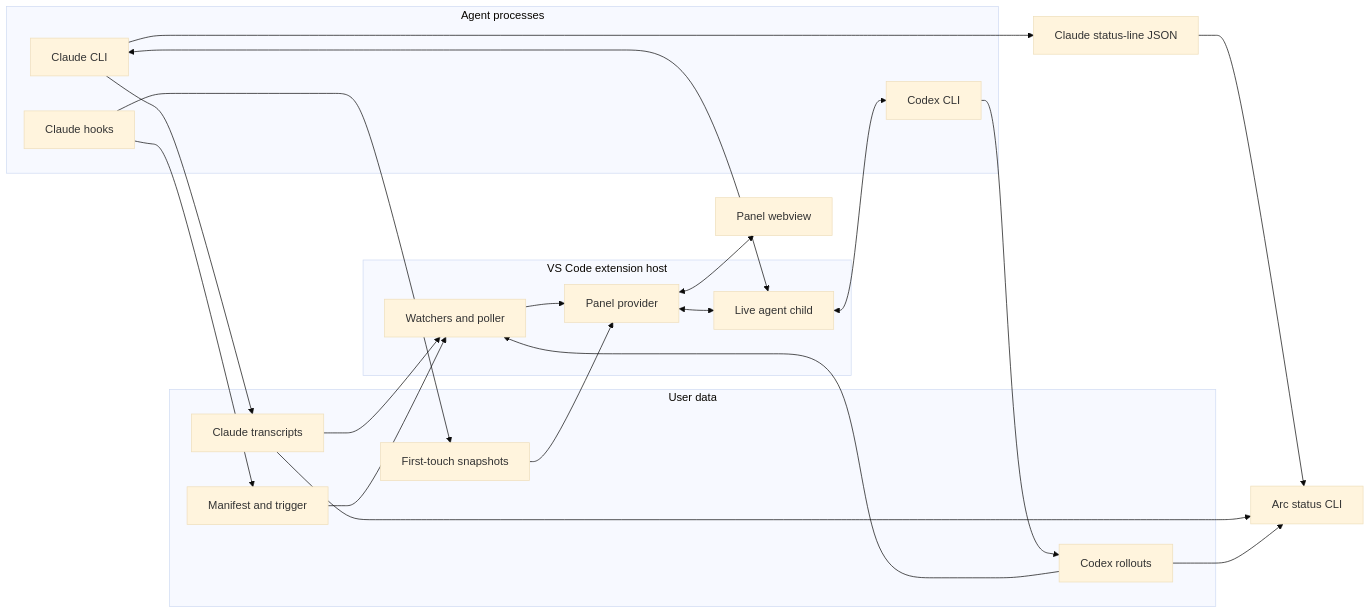
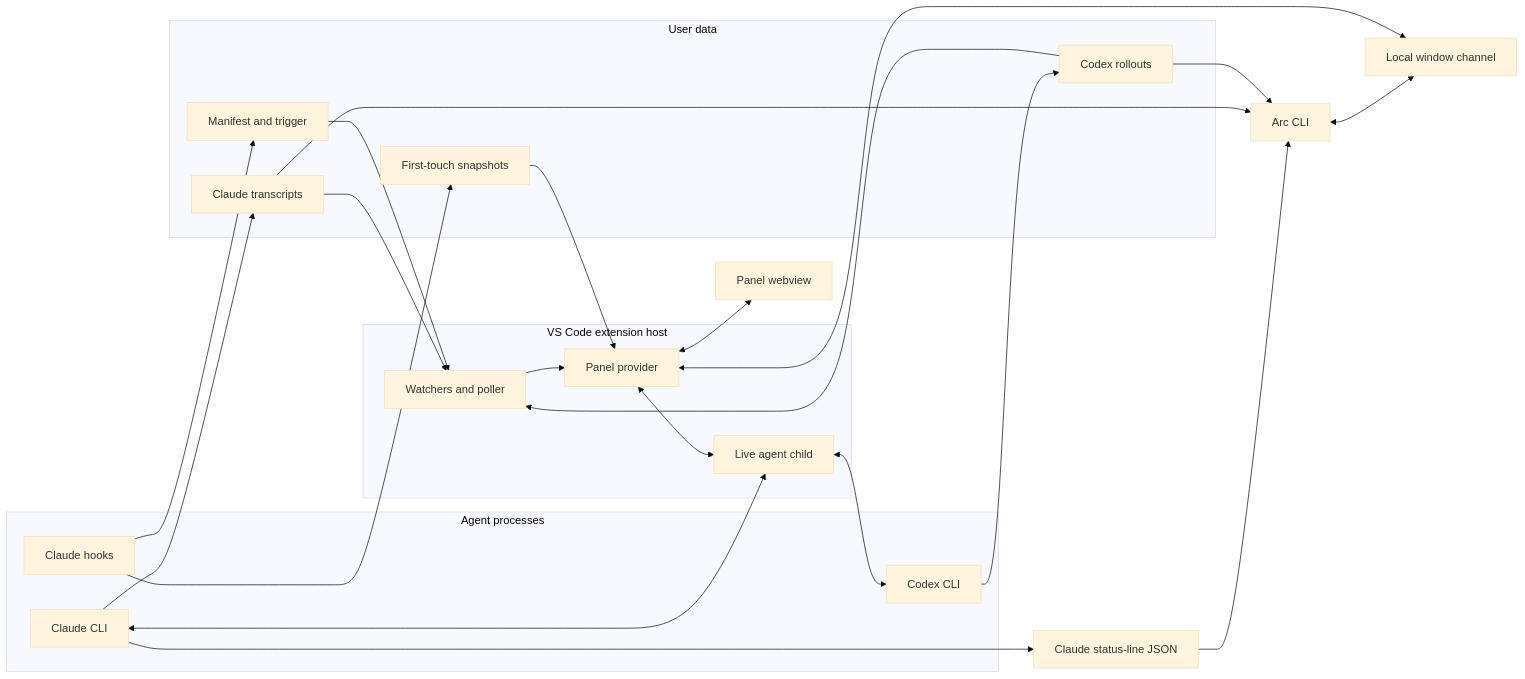
Before and after one commit to glin/arc: the diagram in docs/architecture.md, drawn with Mermaid (base theme). The commit also changed other lines of this file and 14 other files, not shown here.

````diff
--- a/docs/architecture.md
+++ b/docs/architecture.md
@@ -23,43 +23,45 @@
 ```mermaid
 flowchart LR
   subgraph agents[Agent processes]
     claude[Claude CLI]
     codex[Codex CLI]
     hooks[Claude hooks]
   end
 
   subgraph records[User data]
     transcripts[Claude transcripts]
     rollouts[Codex rollouts]
     snapshots[First-touch snapshots]
     trigger[Manifest and trigger]
   end
 
   subgraph host[VS Code extension host]
     watcher[Watchers and poller]
     panelhost[Panel provider]
     child[Live agent child]
   end
 
   panel[Panel webview]
   status[Claude status-line JSON]
-  cli[Arc status CLI]
+  cli[Arc CLI]
 
   claude --> transcripts
   codex --> rollouts
   hooks --> snapshots
   hooks --> trigger
   transcripts --> watcher
   rollouts --> watcher
   trigger --> watcher
   watcher --> panelhost
   snapshots --> panelhost
   panelhost <--> panel
   panelhost <--> child
   child <--> claude
   child <--> codex
   claude --> status
   status --> cli
   transcripts --> cli
   rollouts --> cli
+  cli <--> channel[Local window channel]
+  channel <--> panelhost
 ```
````
